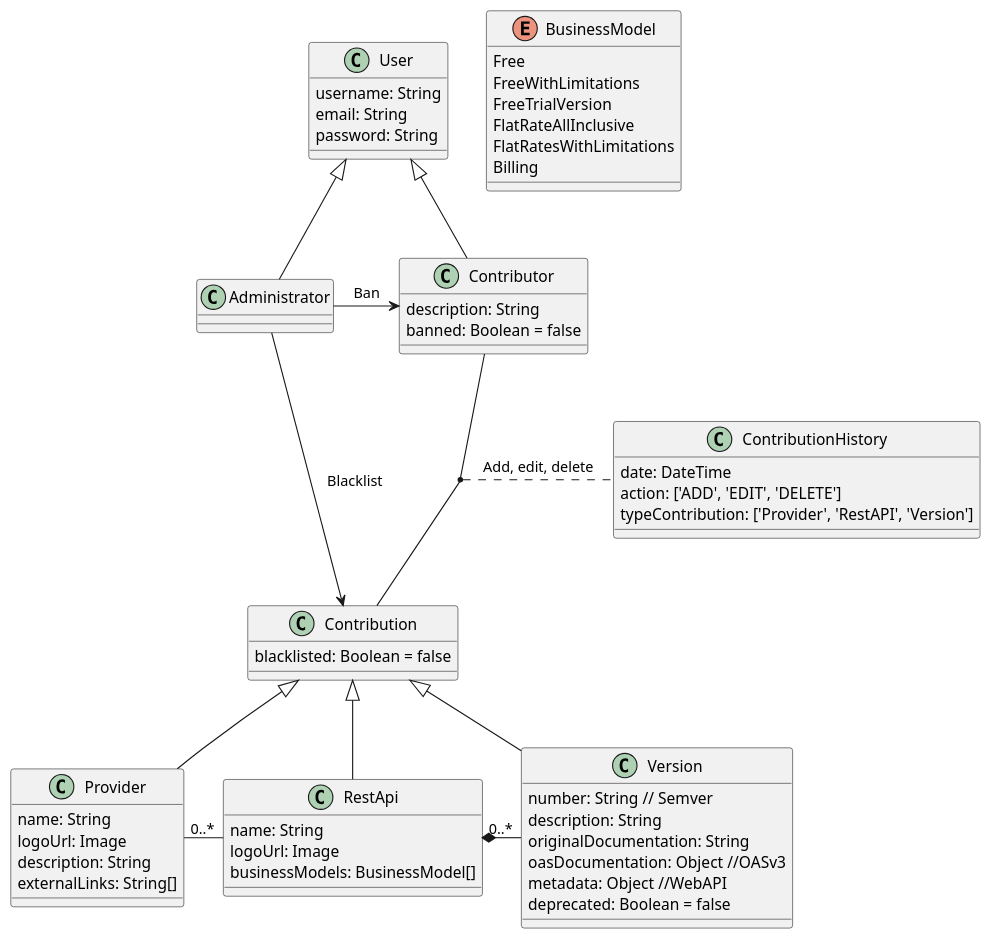
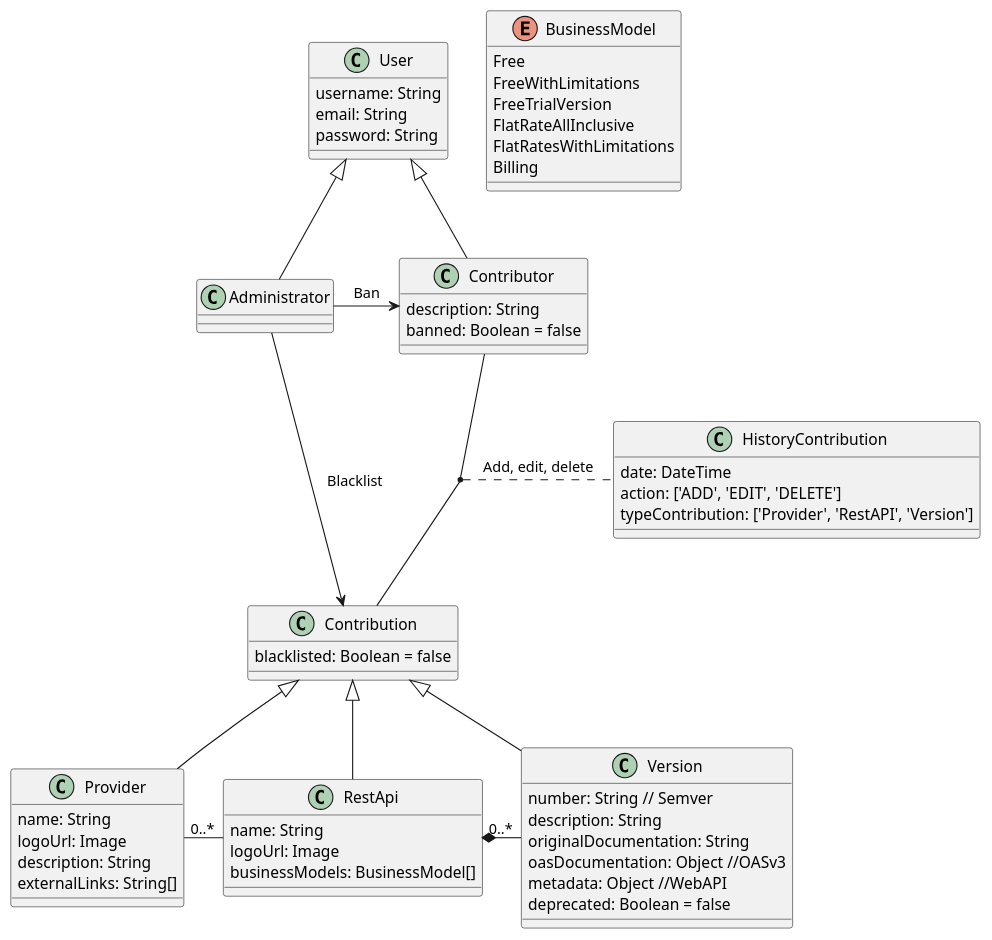
One commit to tonen100/TFM_API_RepositorioServiciosWebEnriquecidos changed the diagram in doc/dc.plantuml. Above: the diagram before and after it, drawn with PlantUML. The commit also changed 11 other files, not shown here.

```diff
--- a/doc/dc.plantuml
+++ b/doc/dc.plantuml
@@ -1,69 +1,69 @@
 @startuml "DC APIs Repositorio"
 enum BusinessModel {
     Free
     FreeWithLimitations
     FreeTrialVersion
     FlatRateAllInclusive
     FlatRatesWithLimitations
     Billing
 }
 
 class Provider {
     name: String
     logoUrl: Image
     description: String
     externalLinks: String[]
 }
 
 class RestApi {
    name: String
    logoUrl: Image
    businessModels: BusinessModel[]
 }
 
 class Version {
     number: String // Semver
     description: String
     originalDocumentation: String
     oasDocumentation: Object //OASv3
     metadata: Object //WebAPI
     deprecated: Boolean = false
 }
 
 class User {
     username: String
     email: String
     password: String
 }
 
 class Contributor {
     description: String
     banned: Boolean = false
 }
 
 class Administrator {
 
 }
 
 class Contribution {
     blacklisted: Boolean = false
 }
 
-class ContributionHistory {
+class HistoryContribution {
     date: DateTime
     action: ['ADD', 'EDIT', 'DELETE']
     typeContribution: ['Provider', 'RestAPI', 'Version']
 }
 
 RestApi *-right- "0..*" Version
 Provider -right- "0..*" RestApi
 User <|-- Administrator
 User <|-- Contributor
 Administrator --> Contribution: Blacklist
 Administrator -right-> Contributor: Ban
-(Contributor,Contribution) .. ContributionHistory: Add, edit, delete
+(Contributor,Contribution) .. HistoryContribution: Add, edit, delete
 Contribution <|-- Provider
 Contribution <|-- RestApi
 Contribution <|-- Version
 
 @enduml
```
